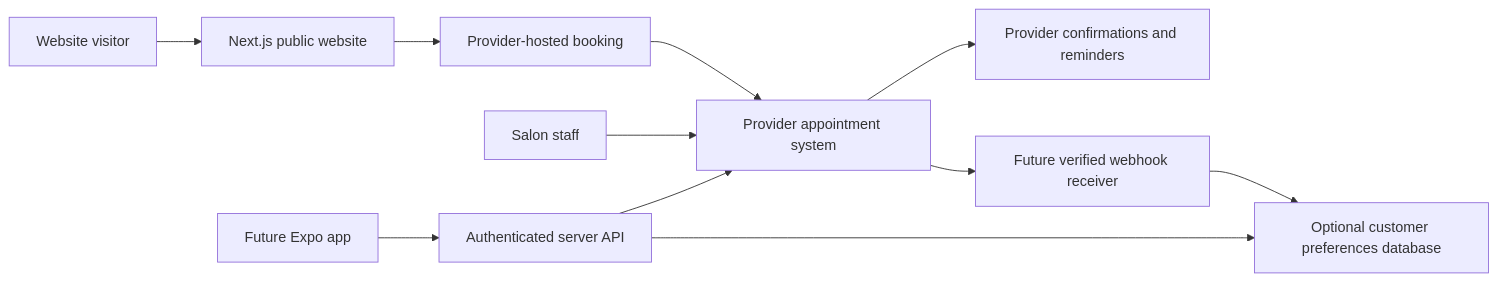
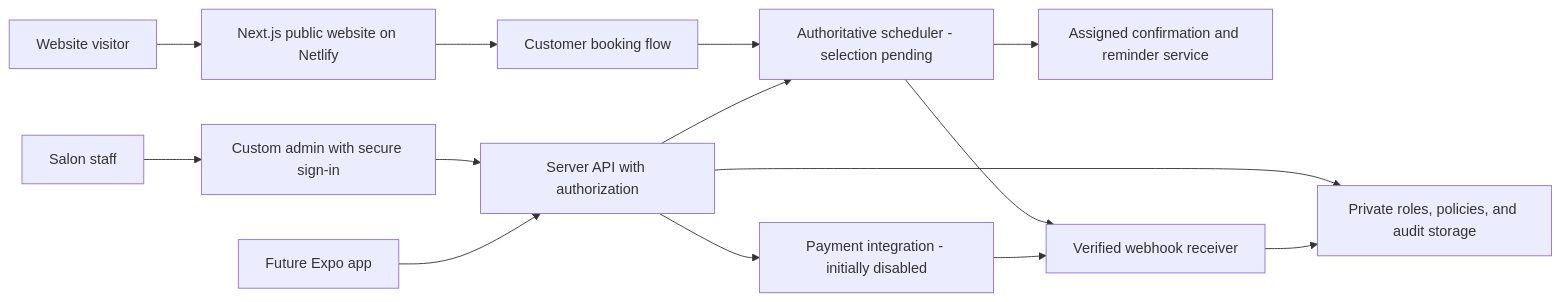
One commit to galbenyosef/madisonhillnails-astra-h changed the diagram in docs/03-technology-and-booking.md. Above: the diagram before and after it, drawn with Mermaid. The commit also changed other lines of this file and 8 other files, not shown here.

Commit message:
docs: specify custom admin and optional saved-card cancellation fees in MVP

````diff
--- a/docs/03-technology-and-booking.md
+++ b/docs/03-technology-and-booking.md
@@ -62,13 +64,16 @@
 ```mermaid
 flowchart LR
-    V[Website visitor] --> W[Next.js public website]
-    W --> H[Provider-hosted booking]
-    H --> P[Provider appointment system]
-    S[Salon staff] --> P
-    P --> N[Provider confirmations and reminders]
-    M[Future Expo app] --> A[Authenticated server API]
+    V[Website visitor] --> W[Next.js public website on Netlify]
+    W --> H[Customer booking flow]
+    H --> P[Authoritative scheduler - selection pending]
+    S[Salon staff] --> C[Custom admin with secure sign-in]
+    C --> A[Server API with authorization]
     A --> P
-    A --> D[Optional customer preferences database]
-    P --> E[Future verified webhook receiver]
+    P --> N[Assigned confirmation and reminder service]
+    M[Future Expo app] --> A
+    A --> D[Private roles, policies, and audit storage]
+    A --> F[Payment integration - initially disabled]
+    P --> E[Verified webhook receiver]
+    F --> E
     E --> D
 ```
````
